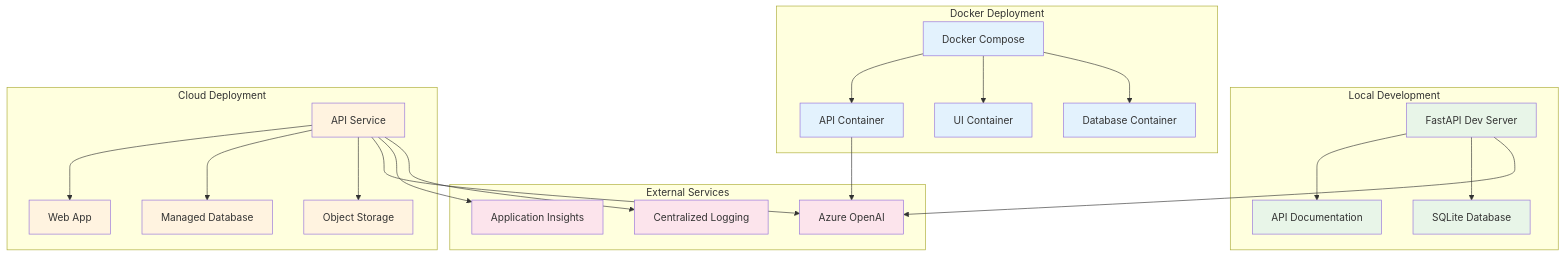
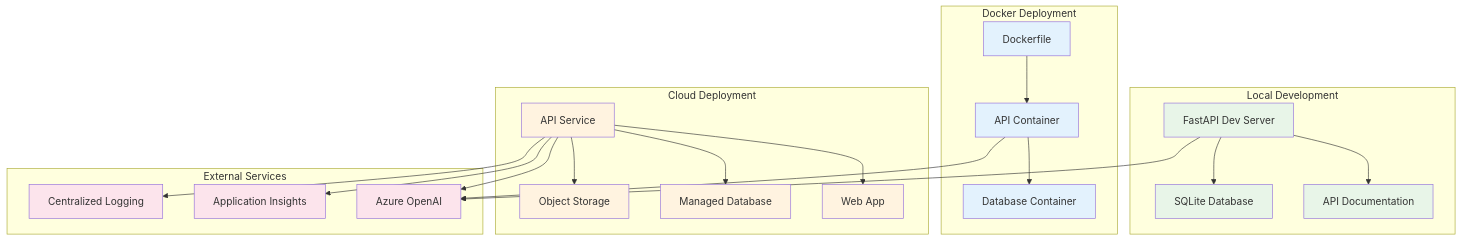
Diagram 11 of 13 in docs/architecture/README.md (the-ingenious-dark-knight/Insight_Ingenious), drawn with Mermaid before and after one commit. The commit also changed other lines of this file and 6 other files, not shown here.

````diff
--- a/docs/architecture/README.md
+++ b/docs/architecture/README.md
@@ -576,56 +575,54 @@
 ```mermaid
 graph TB
     subgraph "Local Development"
         LOCAL_API[FastAPI Dev Server]
         LOCAL_DOCS[API Documentation]
         LOCAL_DB[SQLite Database]
     end
 
     subgraph "Docker Deployment"
         DOCKER_API[API Container]
-        DOCKER_UI[UI Container]
         DOCKER_DB[Database Container]
-        DOCKER_COMPOSE[Docker Compose]
+        DOCKERFILE[Dockerfile]
     end
 
     subgraph "Cloud Deployment"
         CLOUD_API[API Service]
         CLOUD_UI[Web App]
         CLOUD_DB[Managed Database]
         CLOUD_STORAGE[Object Storage]
     end
 
     subgraph "External Services"
         AZURE_OPENAI[Azure OpenAI]
         MONITORING[Application Insights]
         LOGGING[Centralized Logging]
     end
 
     LOCAL_API --> LOCAL_DOCS
     LOCAL_API --> LOCAL_DB
 
-    DOCKER_COMPOSE --> DOCKER_API
-    DOCKER_COMPOSE --> DOCKER_UI
-    DOCKER_COMPOSE --> DOCKER_DB
+    DOCKERFILE --> DOCKER_API
+    DOCKER_API --> DOCKER_DB
 
     CLOUD_API --> CLOUD_UI
     CLOUD_API --> CLOUD_DB
     CLOUD_API --> CLOUD_STORAGE
 
     LOCAL_API --> AZURE_OPENAI
     DOCKER_API --> AZURE_OPENAI
     CLOUD_API --> AZURE_OPENAI
 
     CLOUD_API --> MONITORING
     CLOUD_API --> LOGGING
 
     classDef local fill:#e8f5e8
     classDef docker fill:#e3f2fd
     classDef cloud fill:#fff3e0
     classDef external fill:#fce4ec
 
     class LOCAL_API,LOCAL_DOCS,LOCAL_DB local
-    class DOCKER_API,DOCKER_UI,DOCKER_DB,DOCKER_COMPOSE docker
+    class DOCKER_API,DOCKER_DB,DOCKERFILE docker
     class CLOUD_API,CLOUD_UI,CLOUD_DB,CLOUD_STORAGE cloud
     class AZURE_OPENAI,MONITORING,LOGGING external
 ```
````
